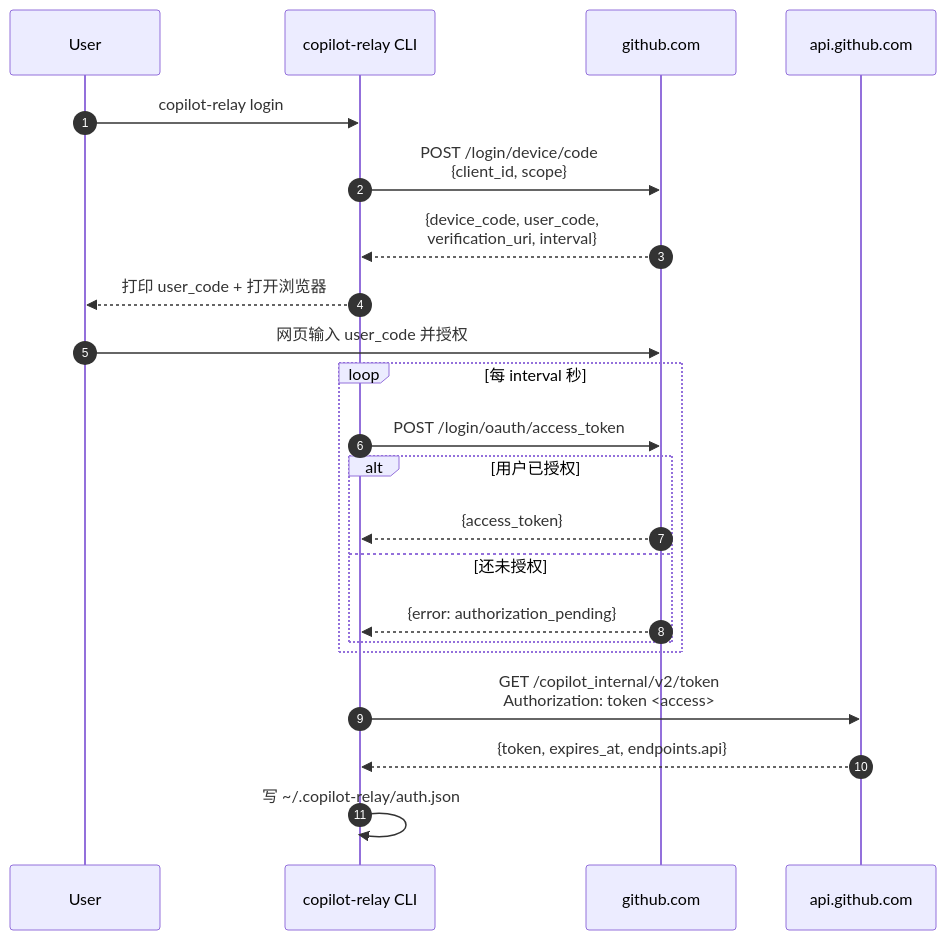
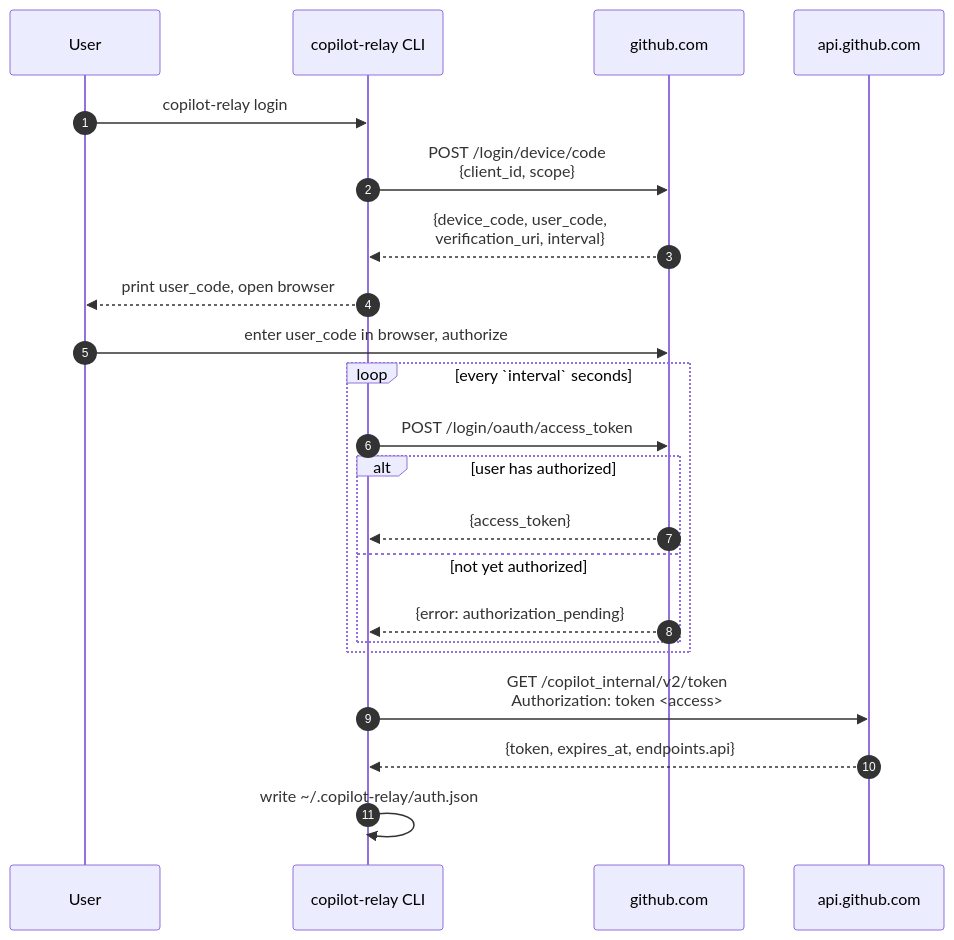
Before and after one commit to luciferwww/copilot-relay: the second of 3 diagrams in docs/design.md, drawn with Mermaid. The commit also changed other lines of this file and 3 other files, not shown here.

````diff
--- a/docs/design.md
+++ b/docs/design.md
@@ -58,25 +60,25 @@
 ```mermaid
 sequenceDiagram
     autonumber
     participant U as User
     participant CLI as copilot-relay CLI
     participant GH as github.com
     participant API as api.github.com
 
     U->>CLI: copilot-relay login
     CLI->>GH: POST /login/device/code<br/>{client_id, scope}
     GH-->>CLI: {device_code, user_code,<br/>verification_uri, interval}
-    CLI-->>U: 打印 user_code + 打开浏览器
-    U->>GH: 网页输入 user_code 并授权
-    loop 每 interval 秒
+    CLI-->>U: print user_code, open browser
+    U->>GH: enter user_code in browser, authorize
+    loop every `interval` seconds
         CLI->>GH: POST /login/oauth/access_token
-        alt 用户已授权
+        alt user has authorized
             GH-->>CLI: {access_token}
-        else 还未授权
+        else not yet authorized
             GH-->>CLI: {error: authorization_pending}
         end
     end
     CLI->>API: GET /copilot_internal/v2/token<br/>Authorization: token <access>
     API-->>CLI: {token, expires_at, endpoints.api}
-    CLI->>CLI: 写 ~/.copilot-relay/auth.json
+    CLI->>CLI: write ~/.copilot-relay/auth.json
 ```
````
